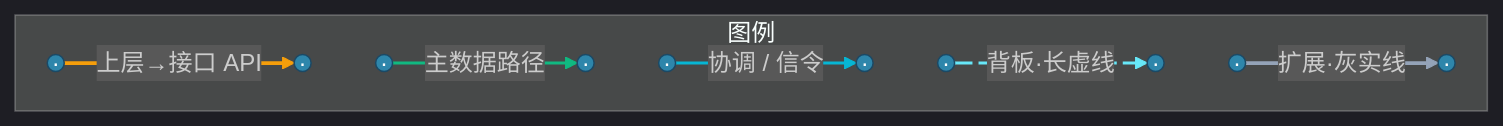
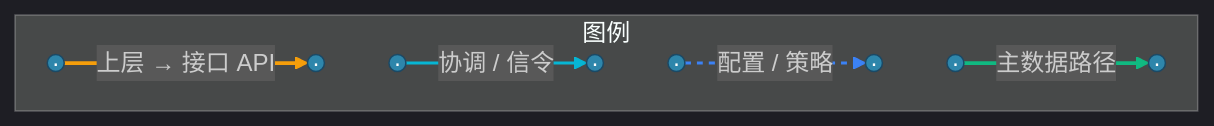
Before and after one commit to zxremail/cursor.config_mcp_rules_skills: the eighth of 9 diagrams in skills/mermaid-flowchart-layout/SKILL.md, drawn with Mermaid. The commit also changed other lines of this file, not shown here.

````diff
--- a/skills/mermaid-flowchart-layout/SKILL.md
+++ b/skills/mermaid-flowchart-layout/SKILL.md
@@ -418,27 +423,23 @@
 ```mermaid
 %%{init: {'theme': 'dark', 'flowchart': {'padding': 6, 'nodeSpacing': 12, 'rankSpacing': 18, 'useMaxWidth': false}}}%%
 flowchart LR
     subgraph LEG["图例"]
         direction LR
-        A1((·)) ==>|上层→接口 API| B1((·))
+        A1((·)) ==>|上层 → 接口 API| B1((·))
         B1 --- A2
-        A2((·)) -->|主数据路径| B2((·))
+        A2((·)) -->|协调 / 信令| B2((·))
         B2 --- A3
-        A3((·)) -->|协调 / 信令| B3((·))
+        A3((·)) -.->|配置 / 策略| B3((·))
         B3 --- A4
-        A4((·)) -.->|背板·长虚线| B4((·))
-        B4 --- A5
-        A5((·)) -->|扩展·灰实线| B5((·))
+        A4((·)) ==>|主数据路径| B4((·))
     end
     linkStyle 0 stroke:#F59E0B,stroke-width:2.5px
     linkStyle 1 opacity:0,stroke-width:0px
-    linkStyle 2 stroke:#10B981,stroke-width:2px
+    linkStyle 2 stroke:#06B6D4,stroke-width:2px
     linkStyle 3 opacity:0,stroke-width:0px
-    linkStyle 4 stroke:#06B6D4,stroke-width:2px
+    linkStyle 4 stroke:#3B82F6,stroke-width:2px,stroke-dasharray:4 4
     linkStyle 5 opacity:0,stroke-width:0px
-    linkStyle 6 stroke:#67E8F9,stroke-width:2px,stroke-dasharray:12 4
-    linkStyle 7 opacity:0,stroke-width:0px
-    linkStyle 8 stroke:#94A3B8,stroke-width:2.5px
+    linkStyle 6 stroke:#10B981,stroke-width:2.5px
     classDef n fill:#2E86AB,stroke:#1B4965,color:#FFFFFF
-    class A1,B1,A2,B2,A3,B3,A4,B4,A5,B5 n
+    class A1,B1,A2,B2,A3,B3,A4,B4 n
 ```
````
